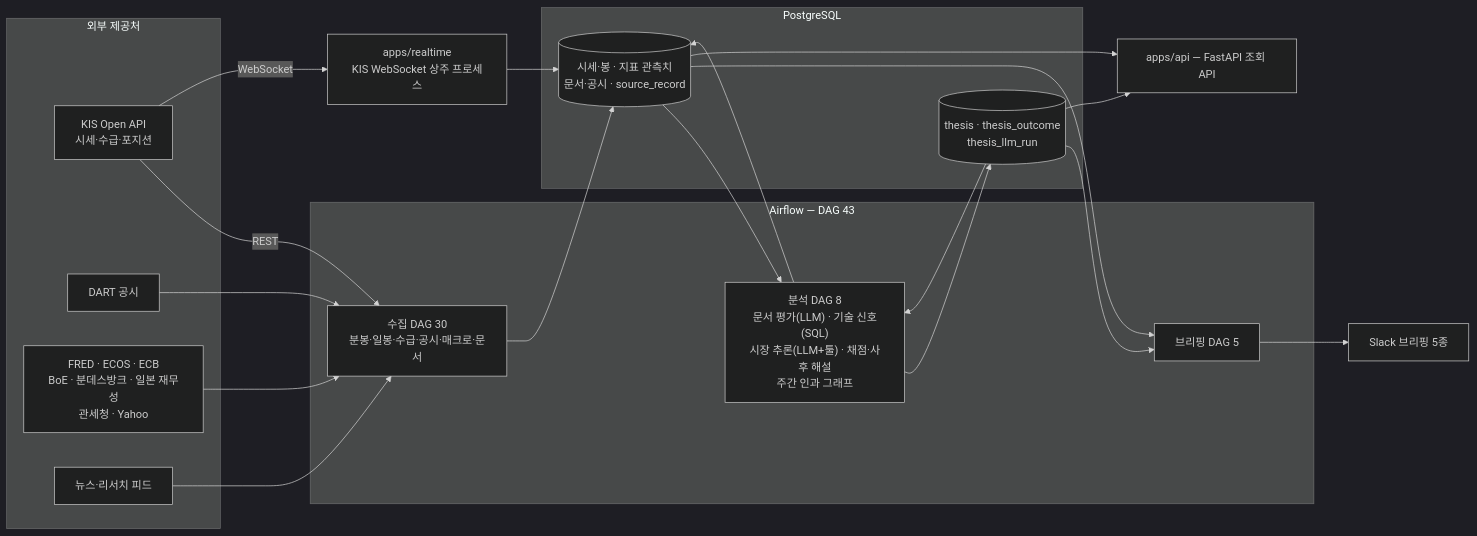
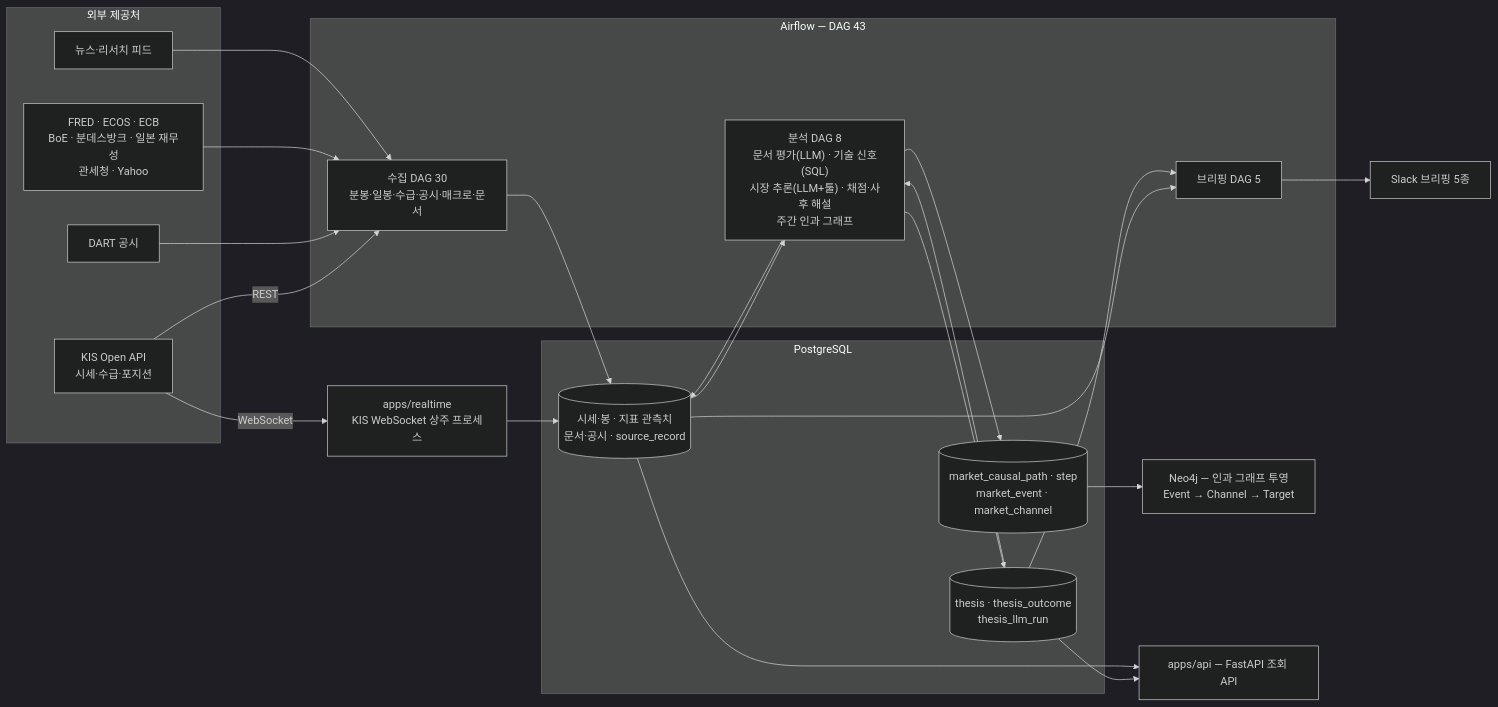
The diagram in README.md (6691a/finance), drawn with Mermaid (dark theme) before and after one commit. The commit also changed other lines of this file and 15 other files, not shown here.

````diff
--- a/README.md
+++ b/README.md
@@ -29,44 +29,49 @@
 ```mermaid
 flowchart LR
     subgraph EXT["외부 제공처"]
         KIS["KIS Open API<br/>시세·수급·포지션"]
         DART["DART 공시"]
         MACRO["FRED · ECOS · ECB<br/>BoE · 분데스방크 · 일본 재무성<br/>관세청 · Yahoo"]
         FEED["뉴스·리서치 피드"]
     end
 
     subgraph AF["Airflow — DAG 43"]
         COL["수집 DAG 30<br/>분봉·일봉·수급·공시·매크로·문서"]
         ANA["분석 DAG 8<br/>문서 평가(LLM) · 기술 신호(SQL)<br/>시장 추론(LLM+툴) · 채점·사후 해설<br/>주간 인과 그래프"]
         BRF["브리핑 DAG 5"]
     end
 
     RT["apps/realtime<br/>KIS WebSocket 상주 프로세스"]
 
     subgraph DB["PostgreSQL"]
         FACT[("시세·봉 · 지표 관측치<br/>문서·공시 · source_record")]
         THESIS[("thesis · thesis_outcome<br/>thesis_llm_run")]
+        CAUSAL[("market_causal_path · step<br/>market_event · market_channel")]
     end
+
+    GRAPH["Neo4j — 인과 그래프 투영<br/>Event → Channel → Target"]
 
     SLACK["Slack 브리핑 5종"]
     API["apps/api — FastAPI 조회 API"]
 
     KIS -->|REST| COL
     DART --> COL
     MACRO --> COL
     FEED --> COL
     KIS -->|WebSocket| RT
 
     COL --> FACT
     RT --> FACT
     FACT --> ANA
     ANA --> FACT
     ANA --> THESIS
     THESIS --> ANA
+    ANA --> CAUSAL
+    CAUSAL --> GRAPH
 
     FACT --> BRF
     THESIS --> BRF
     BRF --> SLACK
     THESIS --> API
     FACT --> API
 ```
````
